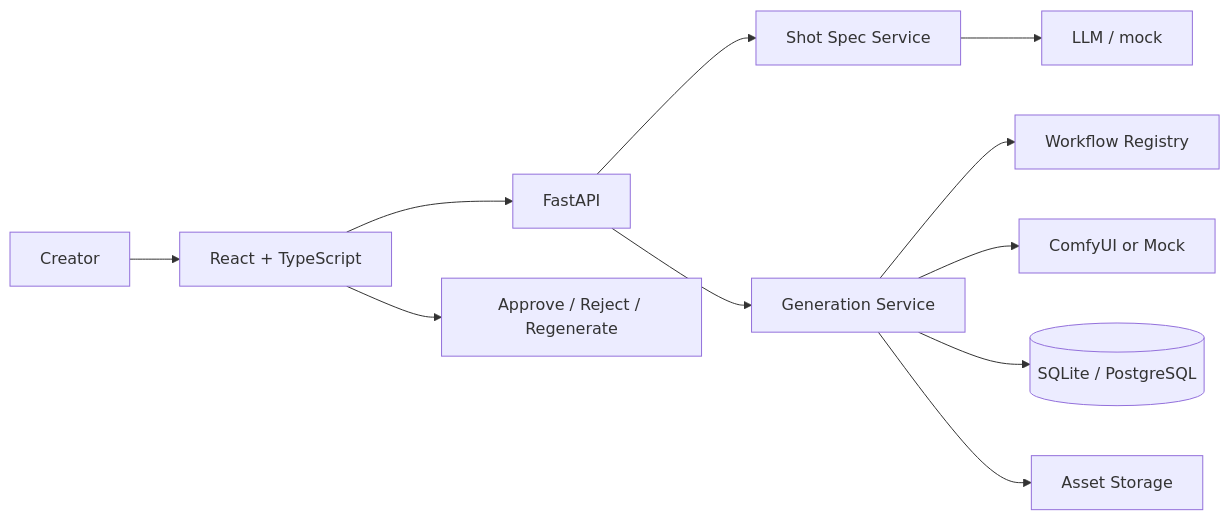
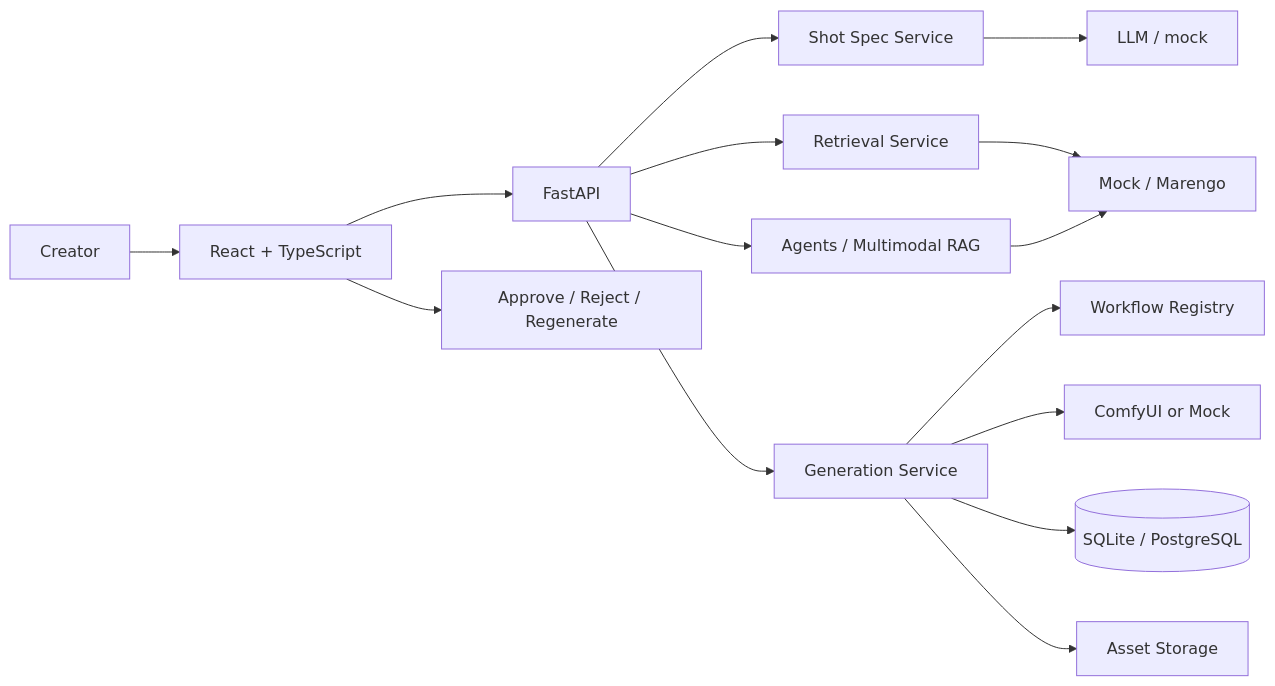
One commit to seonokkim/production-agent changed the diagram in README.md. Above: the diagram before and after it, drawn with Mermaid. The commit also changed other lines of this file and 114 other files, not shown here.

Commit message:
feat: add retrieval/RAG stack and refresh README with product tour

````diff
--- a/README.md
+++ b/README.md
@@ -69,13 +137,17 @@
 ```mermaid
 flowchart LR
     U["Creator"] --> FE["React + TypeScript"]
     FE --> API["FastAPI"]
     API --> SPEC["Shot Spec Service"]
     SPEC --> LLM["LLM / mock"]
+    API --> RET["Retrieval Service"]
+    RET --> EMB["Mock / Marengo"]
+    API --> AG["Agents / Multimodal RAG"]
+    AG --> EMB
     API --> GS["Generation Service"]
     GS --> CW["Workflow Registry"]
     GS --> COMFY["ComfyUI or Mock"]
     GS --> DB[("SQLite / PostgreSQL")]
     GS --> STORE["Asset Storage"]
     FE --> REVIEW["Approve / Reject / Regenerate"]
 ```
````
